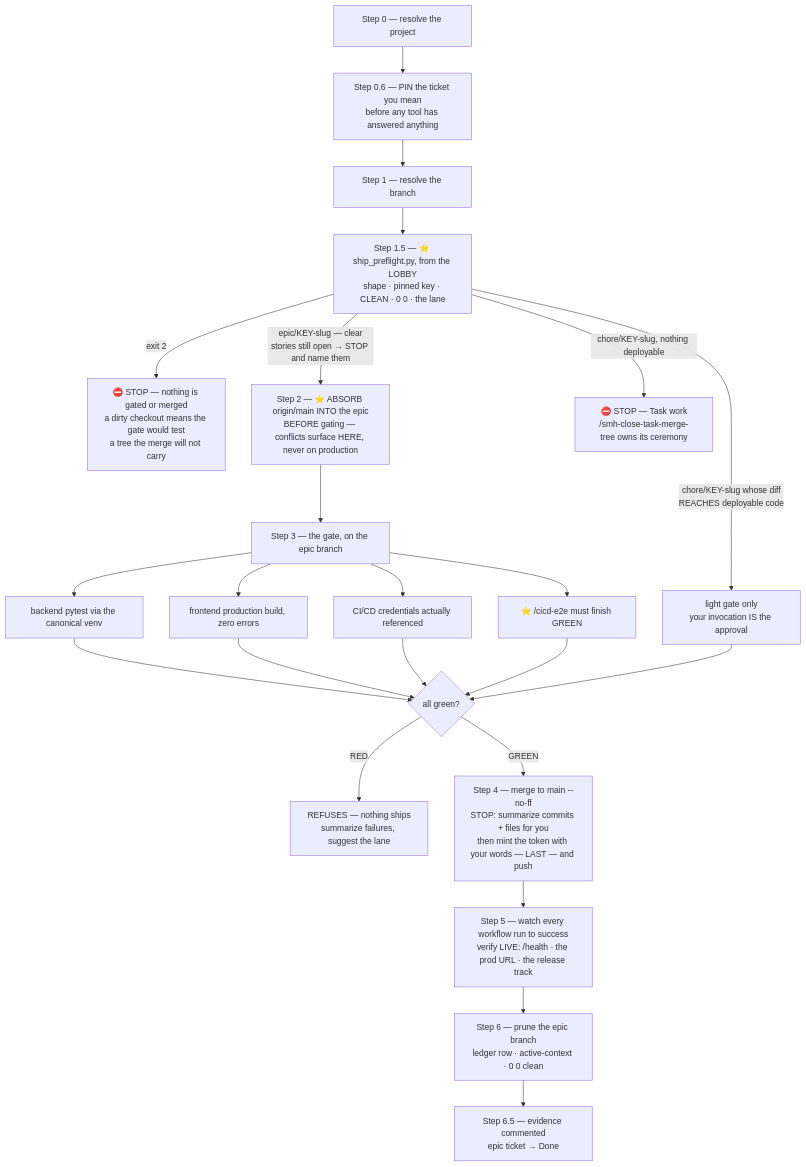
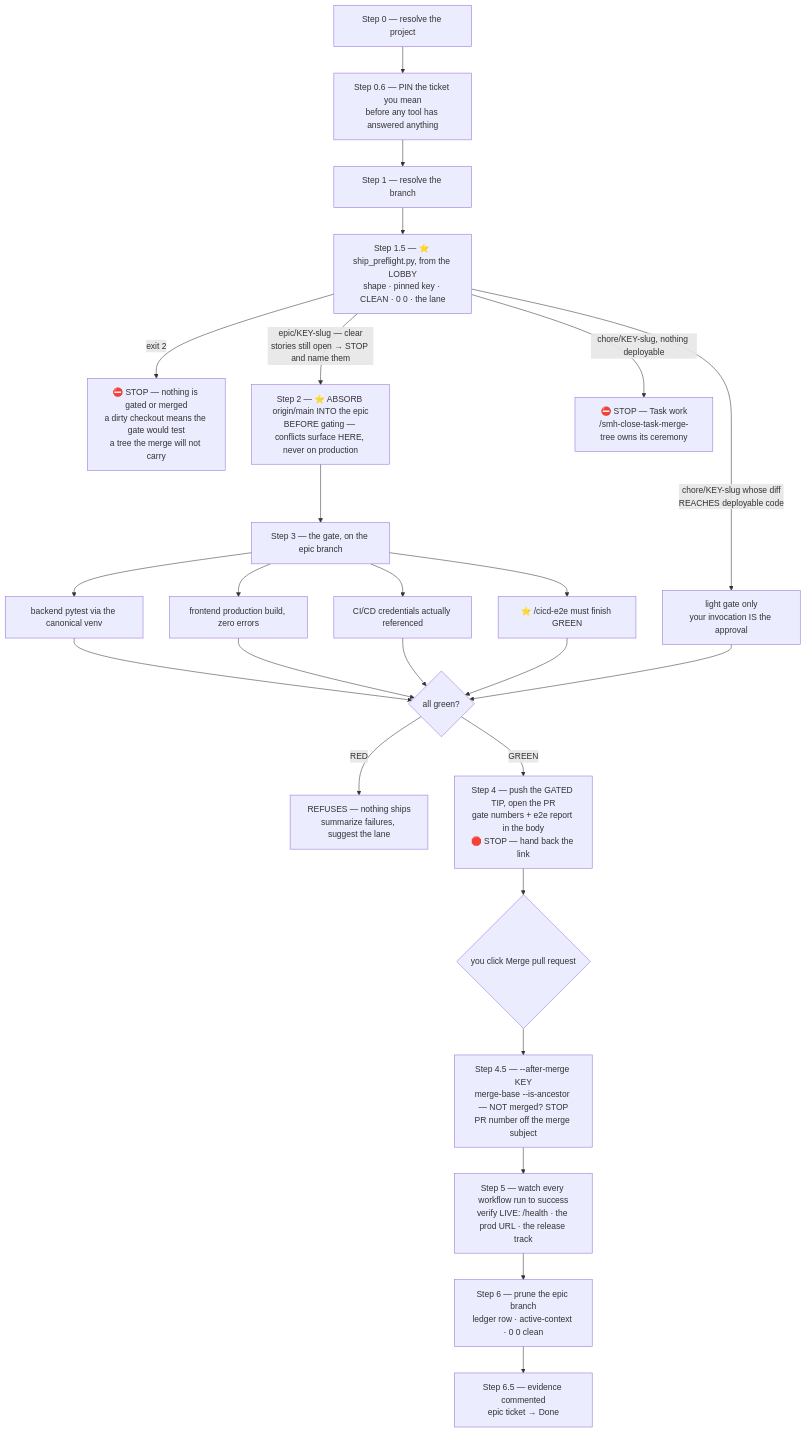
Before and after one commit to sudomadhatter/Sudo_Hatter_Command: diagram 35 of 45 in docs/_scc_sops_prds/workflows_testing_SOP.md, drawn with Mermaid. The commit also changed other lines of this file and 14 other files, not shown here.

First line of the commit message:
SCC-356 build: /cicd-push-e2e becomes a PR door - gate, push the tip, open the PR, STOP; --after-merge finishes

````diff
--- a/docs/_scc_sops_prds/workflows_testing_SOP.md
+++ b/docs/_scc_sops_prds/workflows_testing_SOP.md
@@ -3818,25 +3834,27 @@
 ```mermaid
 flowchart TD
     S0["Step 0 — resolve the project"] --> S06["Step 0.6 — PIN the ticket you mean\nbefore any tool has answered anything"]
     S06 --> S1["Step 1 — resolve the branch"]
     S1 --> S15["Step 1.5 — ⭐ ship_preflight.py, from the LOBBY\nshape · pinned key · CLEAN · 0 0 · the lane"]
     S15 -- "exit 2" --> PFSTOP["⛔ STOP — nothing is gated or merged\na dirty checkout means the gate would test\na tree the merge will not carry"]
     S15 -- "epic/KEY-slug — clear\nstories still open → STOP and name them" --> S2["Step 2 — ⭐ ABSORB origin/main INTO the epic\nBEFORE gating — conflicts surface HERE, never on production"]
     S15 -- "chore/KEY-slug whose diff\nREACHES deployable code" --> LIGHT["light gate only\nyour invocation IS the approval"]
     S15 -- "chore/KEY-slug, nothing deployable" --> HANDOFF["⛔ STOP — Task work\n/smh-close-task-merge-tree owns its ceremony"]
     S2 --> S3["Step 3 — the gate, on the epic branch"]
     S3 --> G1["backend pytest via the canonical venv"]
     S3 --> G2["frontend production build, zero errors"]
     S3 --> G3["CI/CD credentials actually referenced"]
     S3 --> G4["⭐ /cicd-e2e must finish GREEN"]
     G1 --> V{"all green?"}
     G2 --> V
     G3 --> V
     G4 --> V
     LIGHT --> V
     V -- "RED" --> STOP["REFUSES — nothing ships\nsummarize failures, suggest the lane"]
-    V -- "GREEN" --> S4["Step 4 — merge to main --no-ff\nSTOP: summarize commits + files for you\nthen mint the token with your words — LAST — and push"]
-    S4 --> S5["Step 5 — watch every workflow run to success\nverify LIVE: /health · the prod URL · the release track"]
+    V -- "GREEN" --> S4["Step 4 — push the GATED TIP, open the PR\ngate numbers + e2e report in the body\n🛑 STOP — hand back the link"]
+    S4 --> CLICK{"you click Merge pull request"}
+    CLICK --> S45["Step 4.5 — --after-merge KEY\nmerge-base --is-ancestor — NOT merged? STOP\nPR number off the merge subject"]
+    S45 --> S5["Step 5 — watch every workflow run to success\nverify LIVE: /health · the prod URL · the release track"]
     S5 --> S6["Step 6 — prune the epic branch\nledger row · active-context · 0 0 clean"]
     S6 --> S65["Step 6.5 — evidence commented\nepic ticket → Done"]
 ```
````
